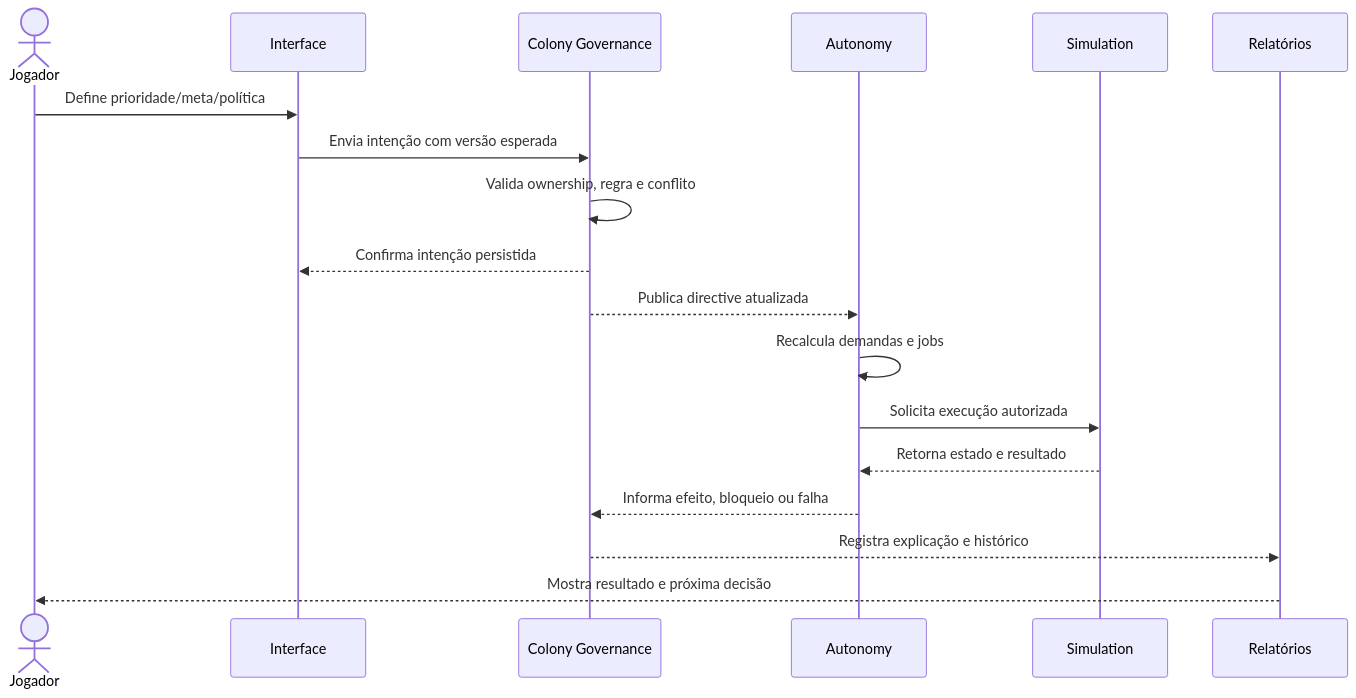
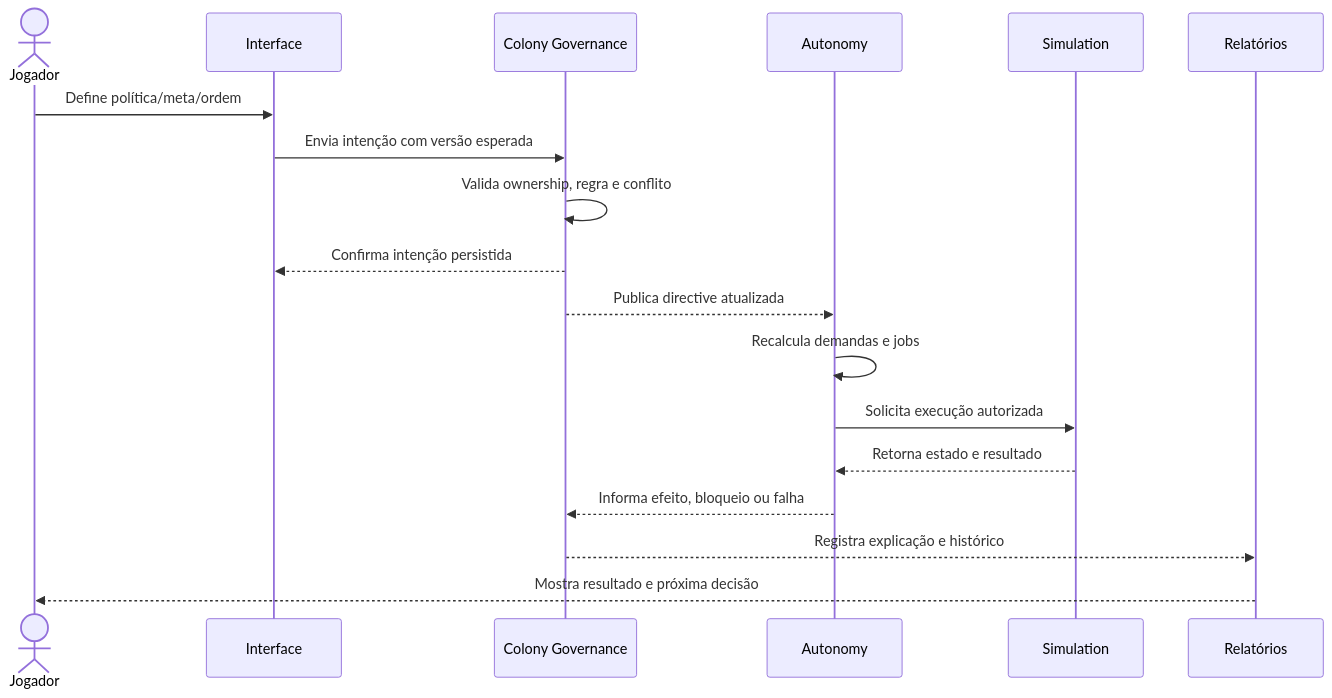
Before and after one commit to Jobisss/online-colony: the second of 4 diagrams in docs/systems/colony-governance.md, drawn with Mermaid. The commit also changed other lines of this file and 2 other files, not shown here.

````diff
--- a/docs/systems/colony-governance.md
+++ b/docs/systems/colony-governance.md
@@ -279,21 +295,21 @@
 ```mermaid
 sequenceDiagram
     actor Player as Jogador
     participant UI as Interface
     participant Gov as Colony Governance
     participant Auto as Autonomy
     participant Sim as Simulation
     participant Report as Relatórios
 
-    Player->>UI: Define prioridade/meta/política
+    Player->>UI: Define política/meta/ordem
     UI->>Gov: Envia intenção com versão esperada
     Gov->>Gov: Valida ownership, regra e conflito
     Gov-->>UI: Confirma intenção persistida
     Gov-->>Auto: Publica directive atualizada
     Auto->>Auto: Recalcula demandas e jobs
     Auto->>Sim: Solicita execução autorizada
     Sim-->>Auto: Retorna estado e resultado
     Auto-->>Gov: Informa efeito, bloqueio ou falha
     Gov-->>Report: Registra explicação e histórico
     Report-->>Player: Mostra resultado e próxima decisão
 ```
````
